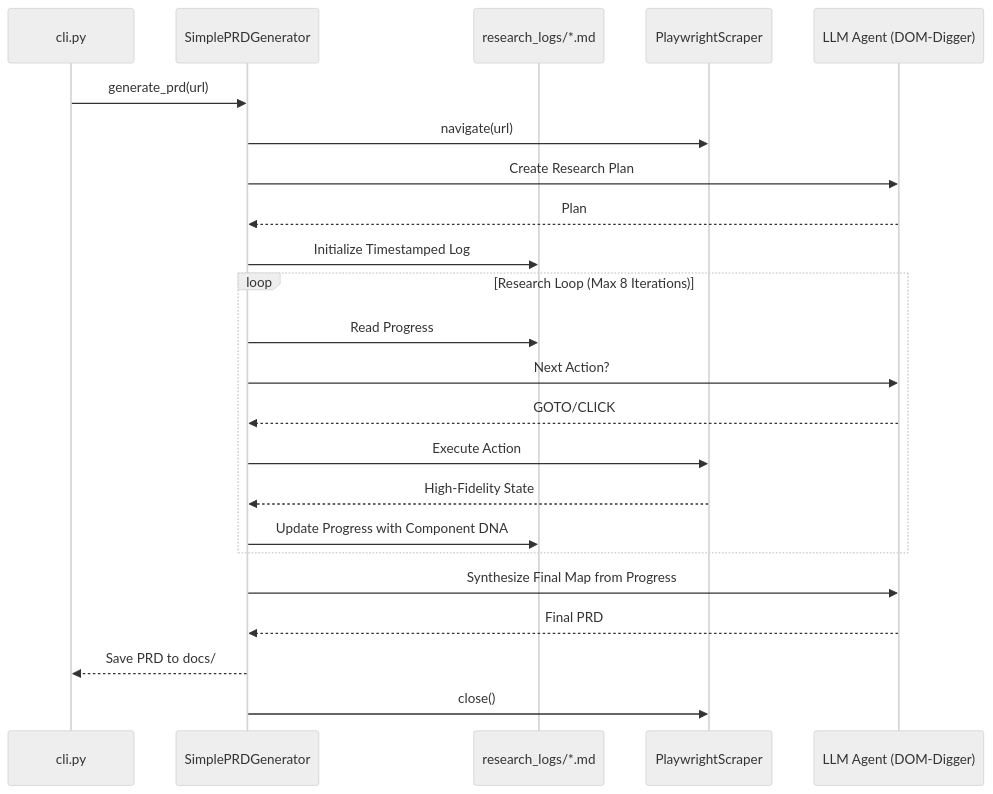
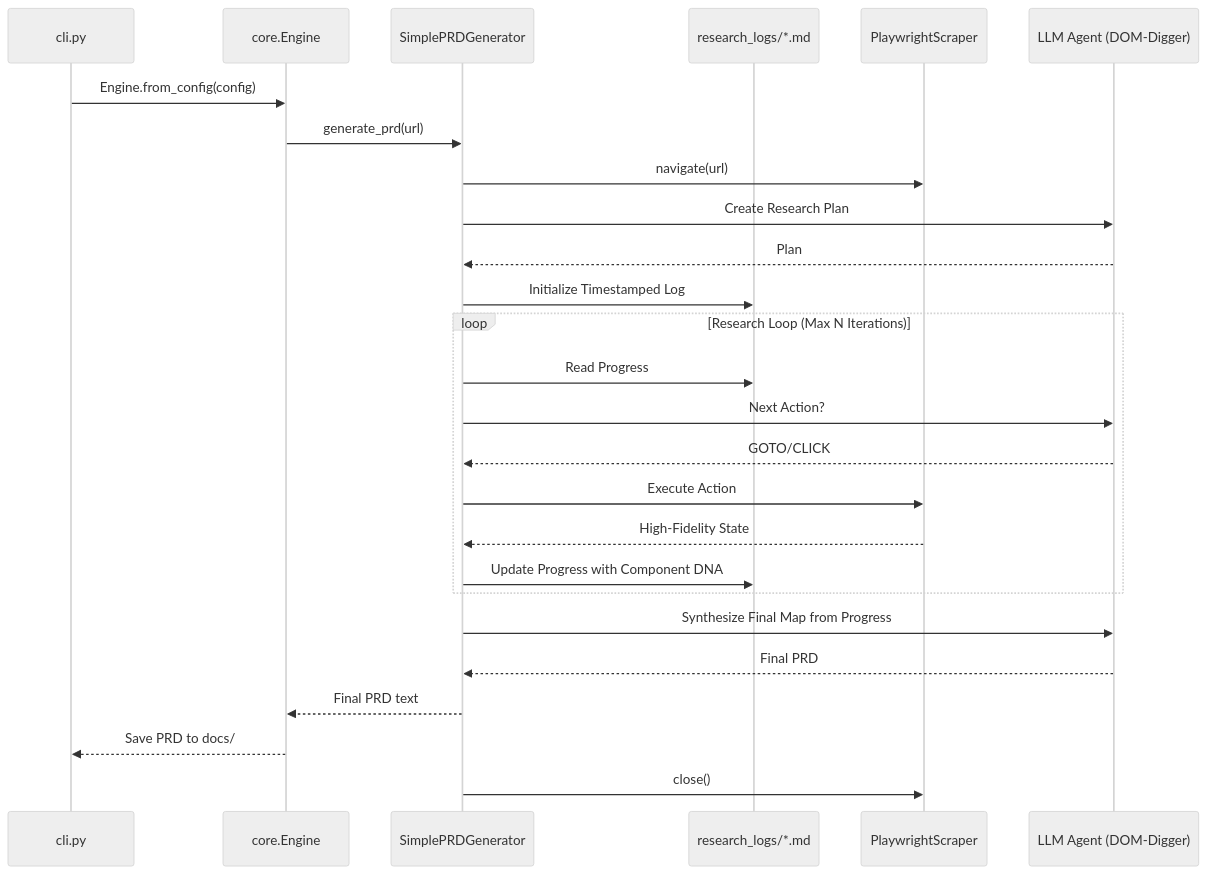
One commit to ezequielrickert/pragma changed the diagram in ARCHITECTURE.md. Above: the diagram before and after it, drawn with Mermaid (neutral theme). The commit also changed other lines of this file and 23 other files, not shown here.

````diff
--- a/ARCHITECTURE.md
+++ b/ARCHITECTURE.md
@@ -19,29 +19,32 @@
 ```mermaid
 sequenceDiagram
     participant CLI as cli.py
+    participant Engine as core.Engine
     participant Gen as SimplePRDGenerator
     participant Log as research_logs/*.md
     participant Scraper as PlaywrightScraper
     participant Agent as LLM Agent (DOM-Digger)
 
-    CLI->>Gen: generate_prd(url)
+    CLI->>Engine: Engine.from_config(config)
+    Engine->>Gen: generate_prd(url)
     Gen->>Scraper: navigate(url)
     
     Gen->>Agent: Create Research Plan
     Agent-->>Gen: Plan
     Gen->>Log: Initialize Timestamped Log
     
-    loop Research Loop (Max 8 Iterations)
+    loop Research Loop (Max N Iterations)
         Gen->>Log: Read Progress
         Gen->>Agent: Next Action?
         Agent-->>Gen: GOTO/CLICK
         Gen->>Scraper: Execute Action
         Scraper-->>Gen: High-Fidelity State
         Gen->>Log: Update Progress with Component DNA
     end
     
     Gen->>Agent: Synthesize Final Map from Progress
     Agent-->>Gen: Final PRD
-    Gen-->>CLI: Save PRD to docs/
+    Gen-->>Engine: Final PRD text
+    Engine-->>CLI: Save PRD to docs/
     Gen->>Scraper: close()
 ```
````
